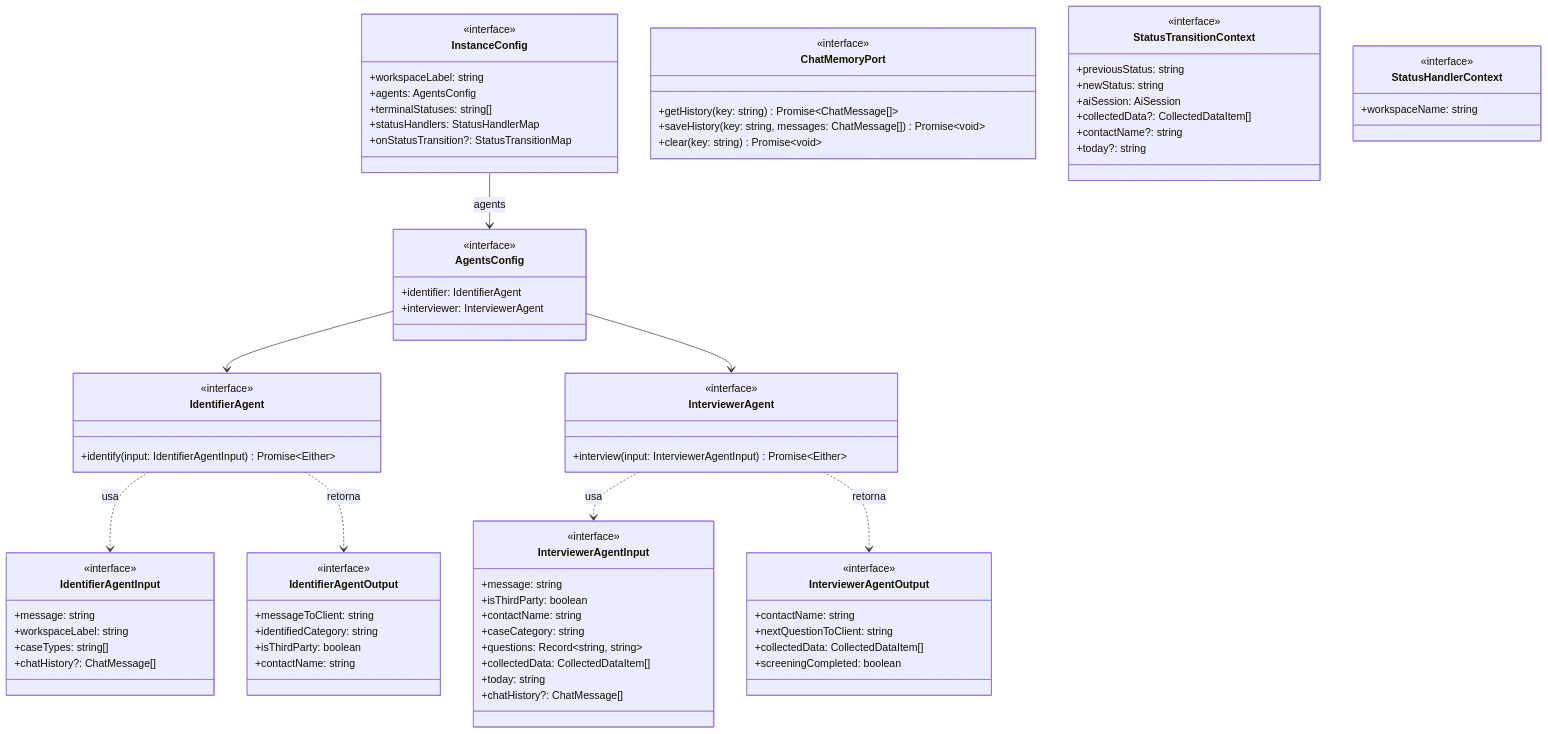
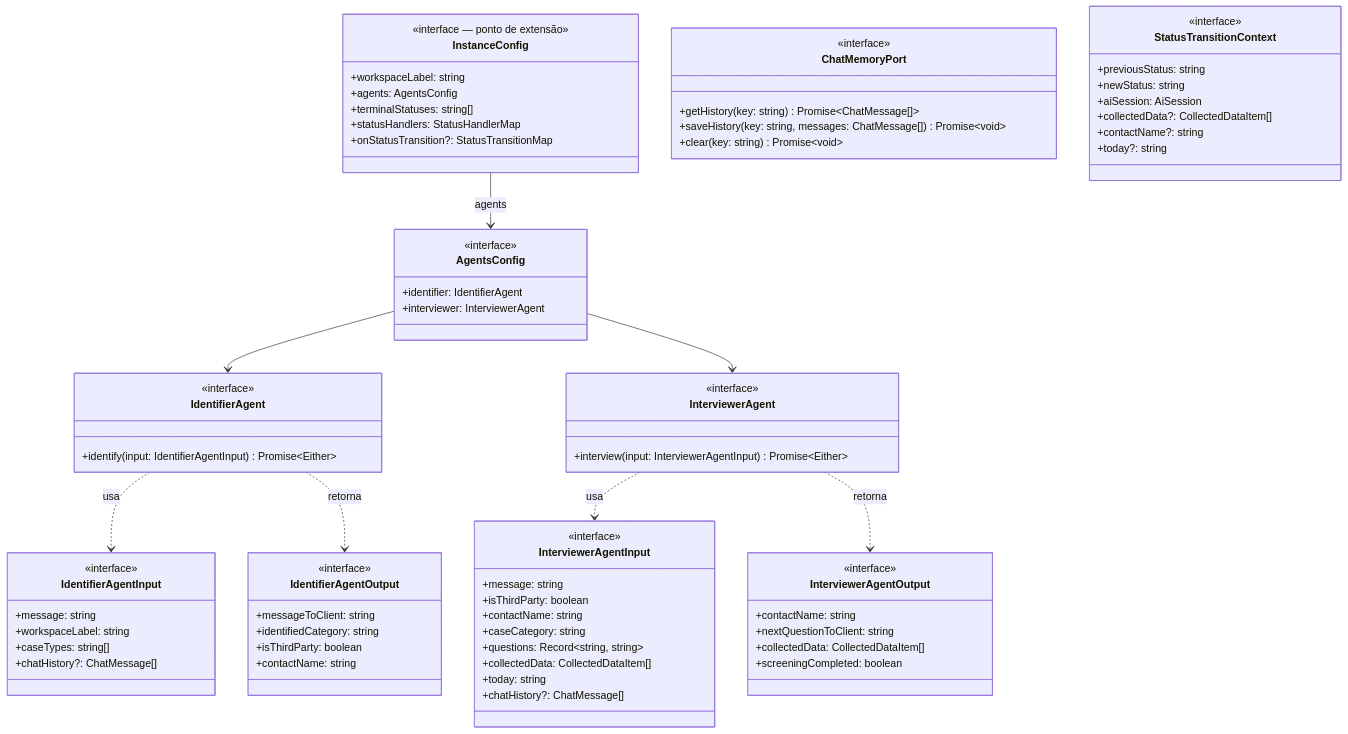
One commit to josevictorn/vero-api changed the first of 5 diagrams in framework_documentation.md. Above: the diagram before and after it, drawn with Mermaid. The commit also changed other lines of this file, not shown here.

Commit message:
docs: update framework documentation with architecture details and core domain use cases

```diff
--- a/framework_documentation.md
+++ b/framework_documentation.md
@@ -366,7 +661,7 @@
     direction TB
 
     class InstanceConfig {
-        <<interface>>
+        <<interface — ponto de extensão>>
         +workspaceLabel: string
         +agents: AgentsConfig
         +terminalStatuses: string[]
@@ -443,11 +738,6 @@
         +today?: string
     }
 
-    class StatusHandlerContext {
-        <<interface>>
-        +workspaceName: string
-    }
-
     InstanceConfig --> AgentsConfig : agents
     AgentsConfig --> IdentifierAgent
     AgentsConfig --> InterviewerAgent
```
